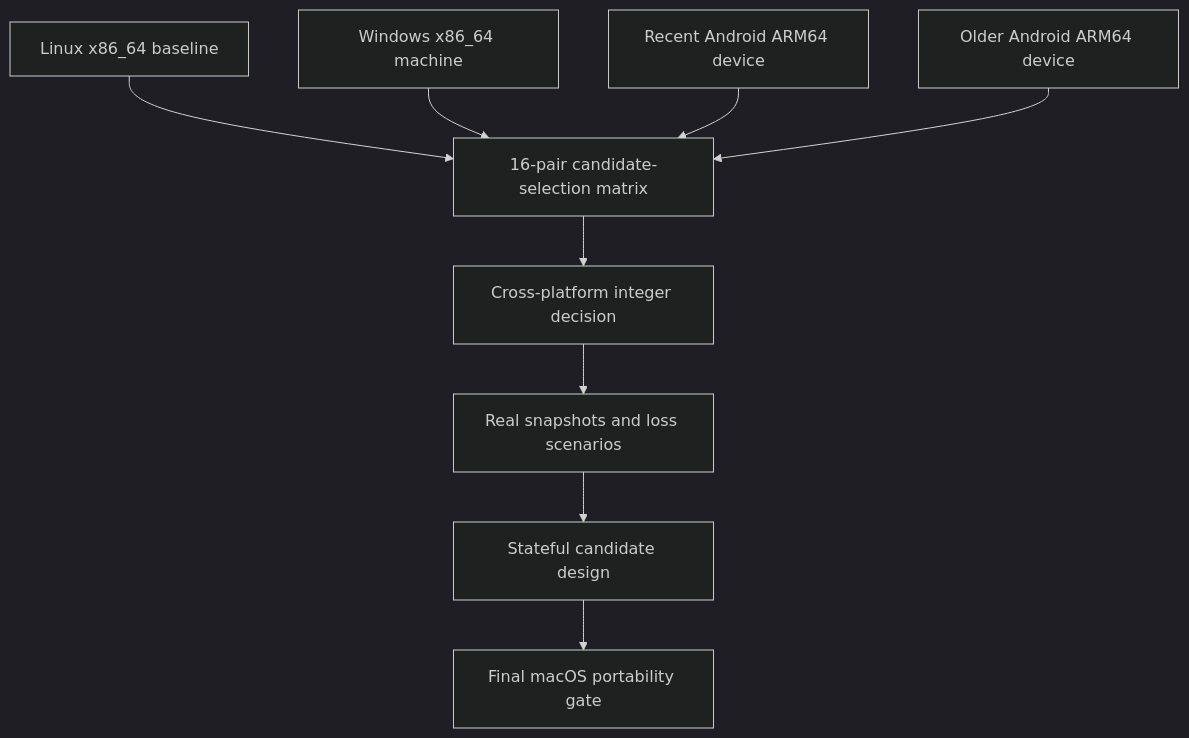
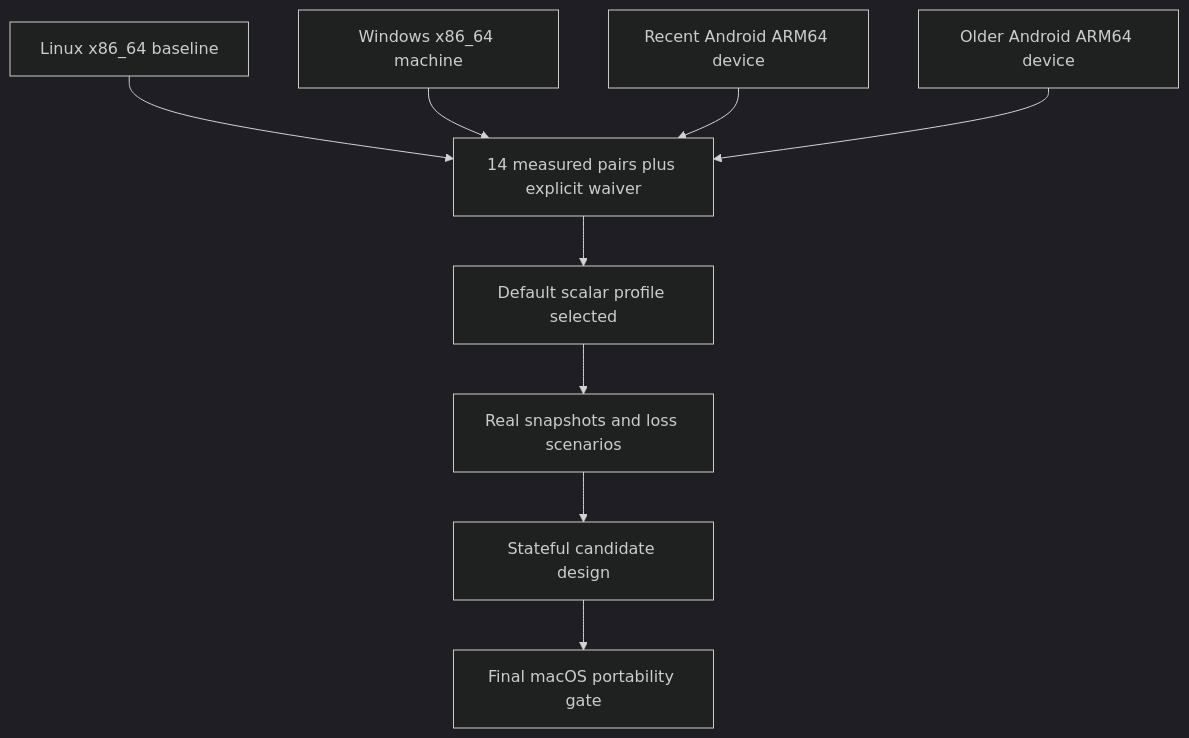
The second of 2 diagrams in documentation/development/ROADMAP.md (Malkverbena/TickSynchronizer), drawn with Mermaid (dark theme) before and after one commit. The commit also changed other lines of this file and 28 other files, not shown here.

````diff
--- a/documentation/development/ROADMAP.md
+++ b/documentation/development/ROADMAP.md
@@ -124,15 +125,15 @@
 ```mermaid
 flowchart TB
     Linux[Linux x86_64 baseline]
     Windows[Windows x86_64 machine]
     RecentAndroid[Recent Android ARM64 device]
     OlderAndroid[Older Android ARM64 device]
-    Linux --> Matrix[16-pair candidate-selection matrix]
+    Linux --> Matrix[14 measured pairs plus explicit waiver]
     Windows --> Matrix
     RecentAndroid --> Matrix
     OlderAndroid --> Matrix
-    Matrix --> IntegerDecision[Cross-platform integer decision]
+    Matrix --> IntegerDecision[Default scalar profile selected]
     IntegerDecision --> Capture[Real snapshots and loss scenarios]
     Capture --> Stateful[Stateful candidate design]
     Stateful --> MacOS[Final macOS portability gate]
 ```
````
